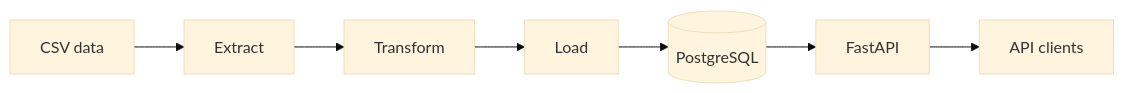
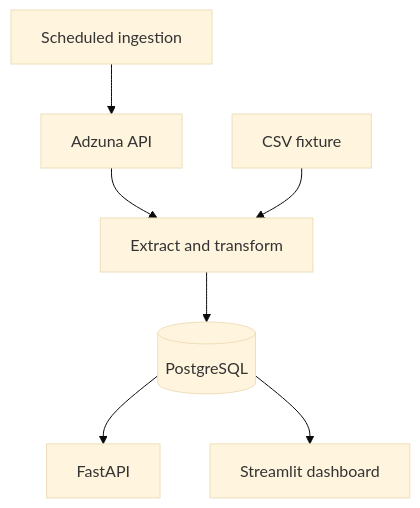
The diagram in README.md (SNDLM/careerpulse-ai), drawn with Mermaid (base theme) before and after one commit. The commit also changed other lines of this file and 1 other file, not shown here.

Commit message:
docs: present project and improve Madrid dashboard

````diff
--- a/README.md
+++ b/README.md
@@ -25,9 +21,9 @@
 ```mermaid
-flowchart LR
-    A["CSV data"] --> B["Extract"]
-    B --> C["Transform"]
-    C --> D["Load"]
-    D --> E[("PostgreSQL")]
-    E --> F["FastAPI"]
-    F --> G["API clients"]
+flowchart TD
+    A["Adzuna API"] --> C["Extract and transform"]
+    B["CSV fixture"] --> C
+    C --> D[("PostgreSQL")]
+    D --> E["FastAPI"]
+    D --> F["Streamlit dashboard"]
+    G["Scheduled ingestion"] --> A
 ```
````
